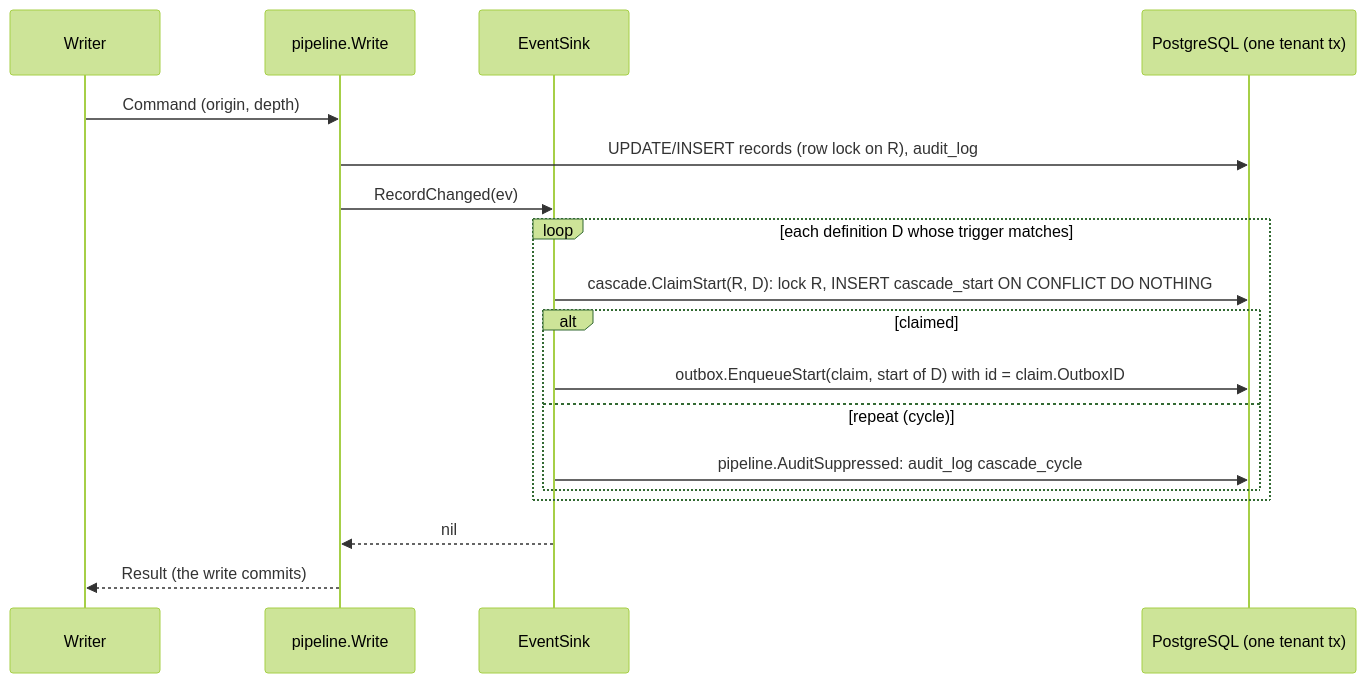
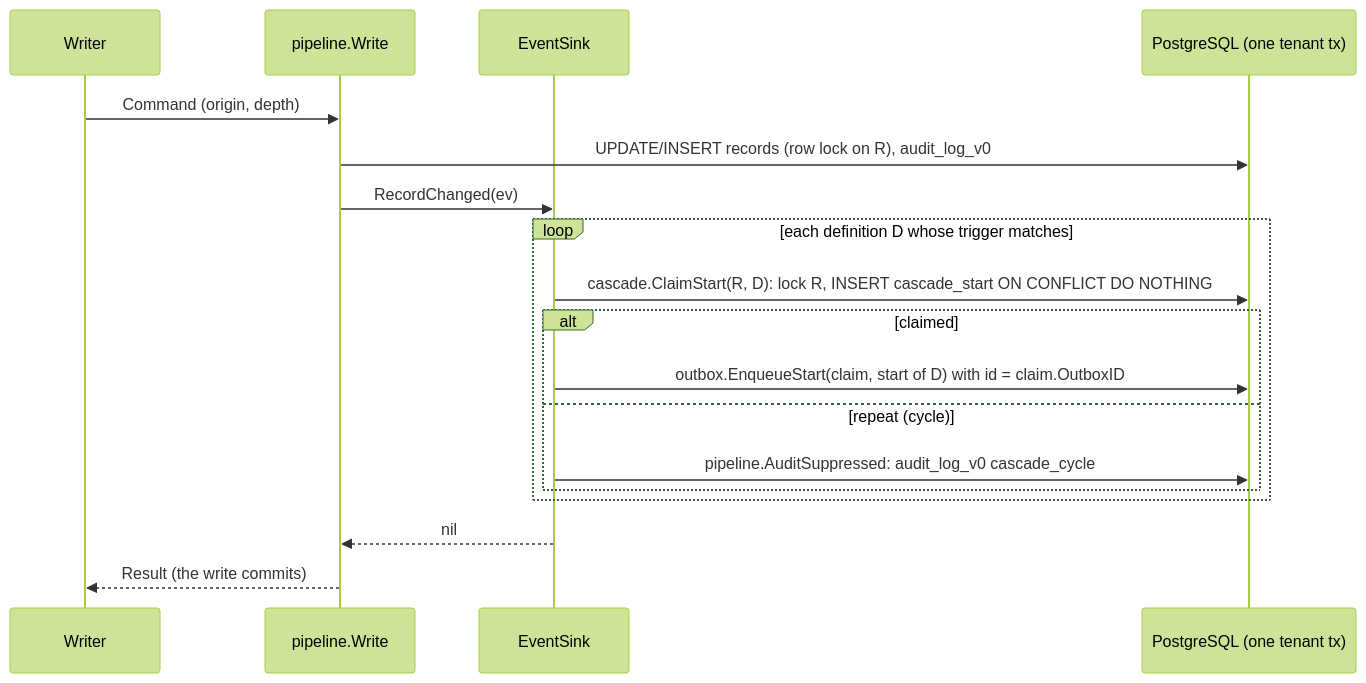
The diagram in docs/data/cascade-start.md (Navaladi2019/TicketingSystem), drawn with Mermaid (forest theme) before and after one commit. The commit also changed 4 other files, not shown here.

First line of the commit message:
P5-10a (TICK-427): re-point the S9 stack case and docs at audit_log_v0

````diff
--- a/docs/data/cascade-start.md
+++ b/docs/data/cascade-start.md
@@ -24,20 +24,20 @@
 ```mermaid
 sequenceDiagram
     participant W as Writer
     participant P as pipeline.Write
     participant S as EventSink
     participant DB as PostgreSQL (one tenant tx)
     W->>P: Command (origin, depth)
-    P->>DB: UPDATE/INSERT records (row lock on R), audit_log
+    P->>DB: UPDATE/INSERT records (row lock on R), audit_log_v0
     P->>S: RecordChanged(ev)
     loop each definition D whose trigger matches
         S->>DB: cascade.ClaimStart(R, D): lock R, INSERT cascade_start ON CONFLICT DO NOTHING
         alt claimed
             S->>DB: outbox.EnqueueStart(claim, start of D) with id = claim.OutboxID
         else repeat (cycle)
-            S->>DB: pipeline.AuditSuppressed: audit_log cascade_cycle
+            S->>DB: pipeline.AuditSuppressed: audit_log_v0 cascade_cycle
         end
     end
     S-->>P: nil
     P-->>W: Result (the write commits)
 ```
````
